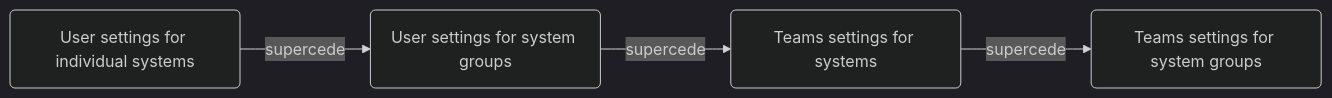
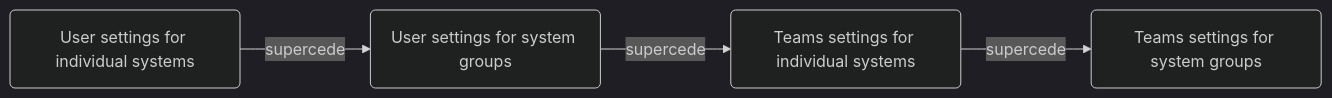
One commit to truenas/documentation changed the diagram in content/_includes/TCPermissionsHierarchy.md. Above: the diagram before and after it, drawn with Mermaid (dark theme). The commit also changed other lines of this file, not shown here.

````diff
--- a/content/_includes/TCPermissionsHierarchy.md
+++ b/content/_includes/TCPermissionsHierarchy.md
@@ -4,4 +5,4 @@
 ```mermaid
 flowchart LR
-A(User settings for individual systems) -->|supercede| B(User settings for system groups) -->|supercede| C(Teams settings for systems) -->|supercede| D(Teams settings for system groups)
+A(User settings for individual systems) -->|supercede| B(User settings for system groups) -->|supercede| C(Teams settings for individual systems) -->|supercede| D(Teams settings for system groups)
 ```
````
